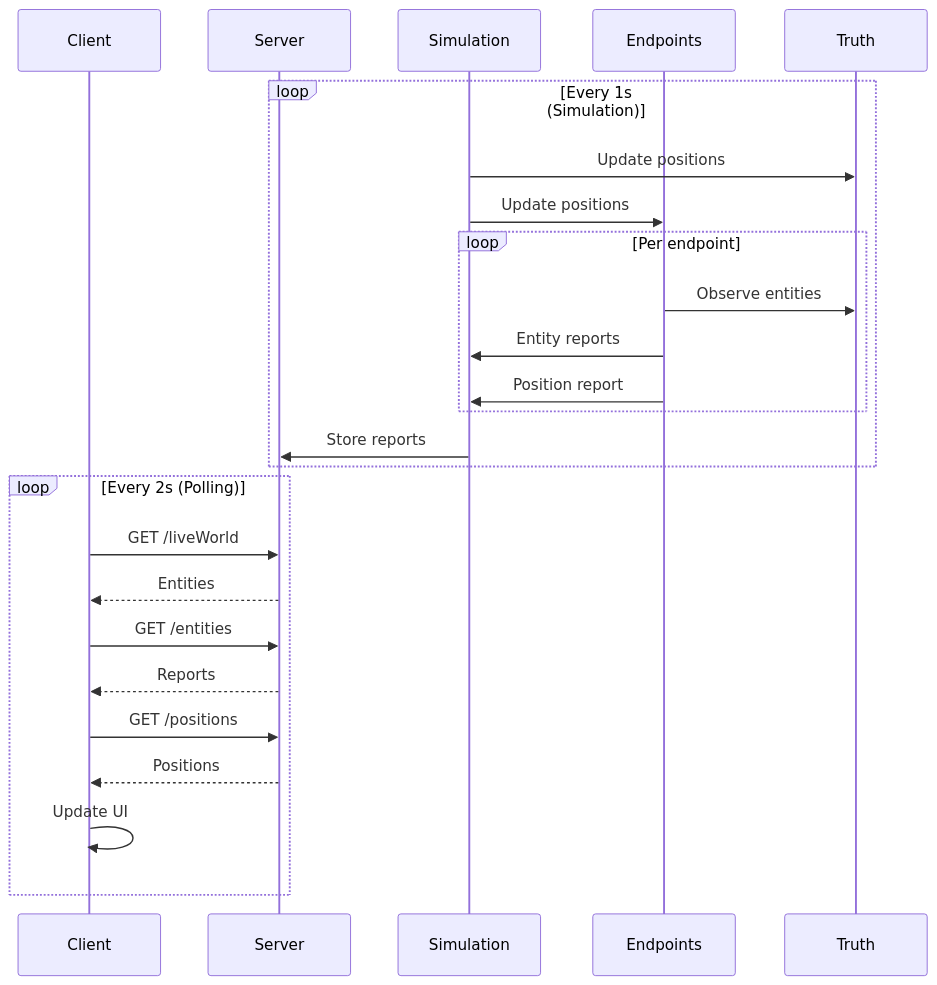
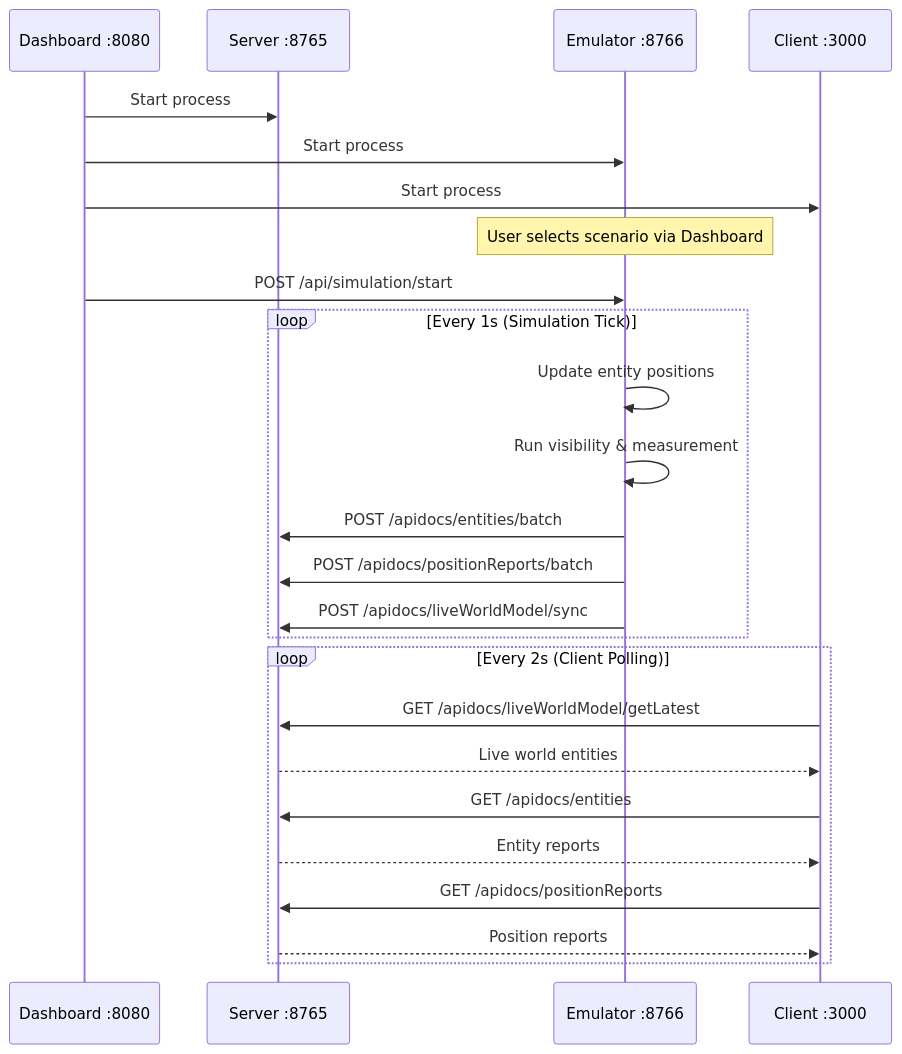
One commit to ericpauls/disco_workspace changed the second of 2 diagrams in docs/system-architecture-diagram.md. Above: the diagram before and after it, drawn with Mermaid. The commit also changed other lines of this file and 14 other files, not shown here.

First line of the commit message:
feat: Add scenario selection to dashboard and idle-start emulator

````diff
--- a/docs/system-architecture-diagram.md
+++ b/docs/system-architecture-diagram.md
@@ -73,31 +76,32 @@
 ```mermaid
 sequenceDiagram
-    participant C as Client
-    participant S as Server
-    participant Sim as Simulation
-    participant EP as Endpoints
-    participant T as Truth
+    participant D as Dashboard :8080
+    participant S as Server :8765
+    participant E as Emulator :8766
+    participant C as Client :3000
 
-    loop Every 1s (Simulation)
-        Sim->>T: Update positions
-        Sim->>EP: Update positions
+    D->>S: Start process
+    D->>E: Start process
+    D->>C: Start process
 
-        loop Per endpoint
-            EP->>T: Observe entities
-            EP->>Sim: Entity reports
-            EP->>Sim: Position report
-        end
+    Note over E: User selects scenario via Dashboard
+    D->>E: POST /api/simulation/start
 
-        Sim->>S: Store reports
+    loop Every 1s (Simulation Tick)
+        E->>E: Update entity positions
+        E->>E: Run visibility & measurement
+
+        E->>S: POST /apidocs/entities/batch
+        E->>S: POST /apidocs/positionReports/batch
+        E->>S: POST /apidocs/liveWorldModel/sync
     end
 
-    loop Every 2s (Polling)
-        C->>S: GET /liveWorld
-        S-->>C: Entities
-        C->>S: GET /entities
-        S-->>C: Reports
-        C->>S: GET /positions
-        S-->>C: Positions
-        C->>C: Update UI
+    loop Every 2s (Client Polling)
+        C->>S: GET /apidocs/liveWorldModel/getLatest
+        S-->>C: Live world entities
+        C->>S: GET /apidocs/entities
+        S-->>C: Entity reports
+        C->>S: GET /apidocs/positionReports
+        S-->>C: Position reports
     end
 ```
````
